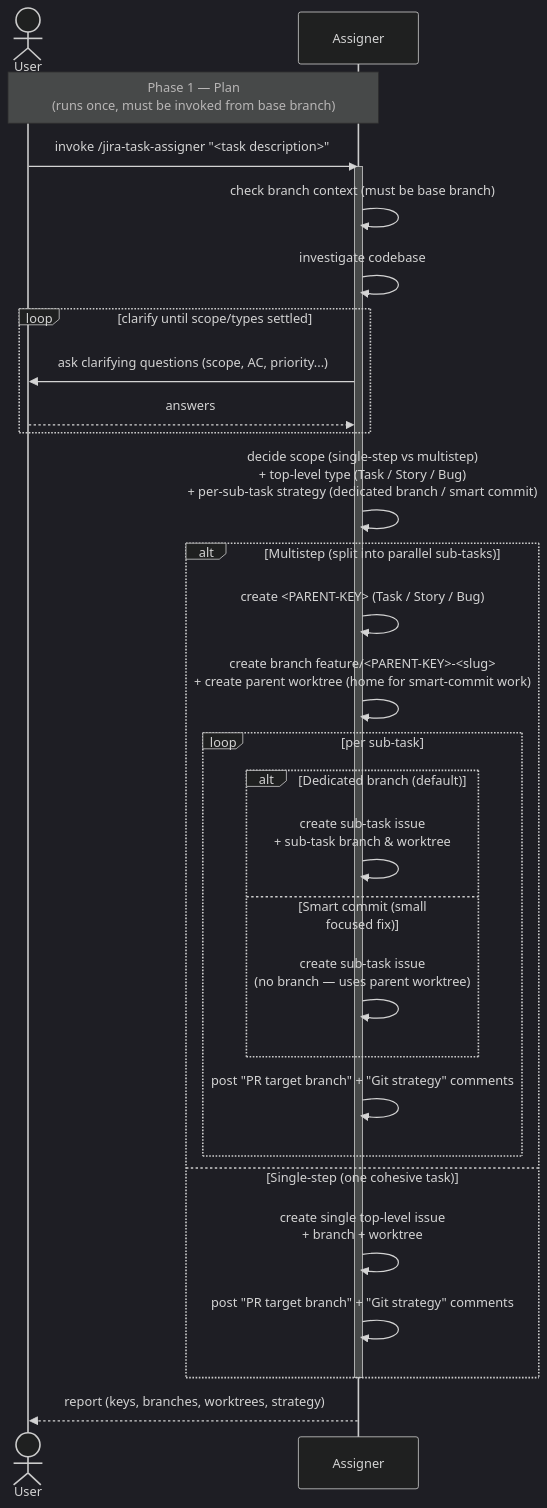
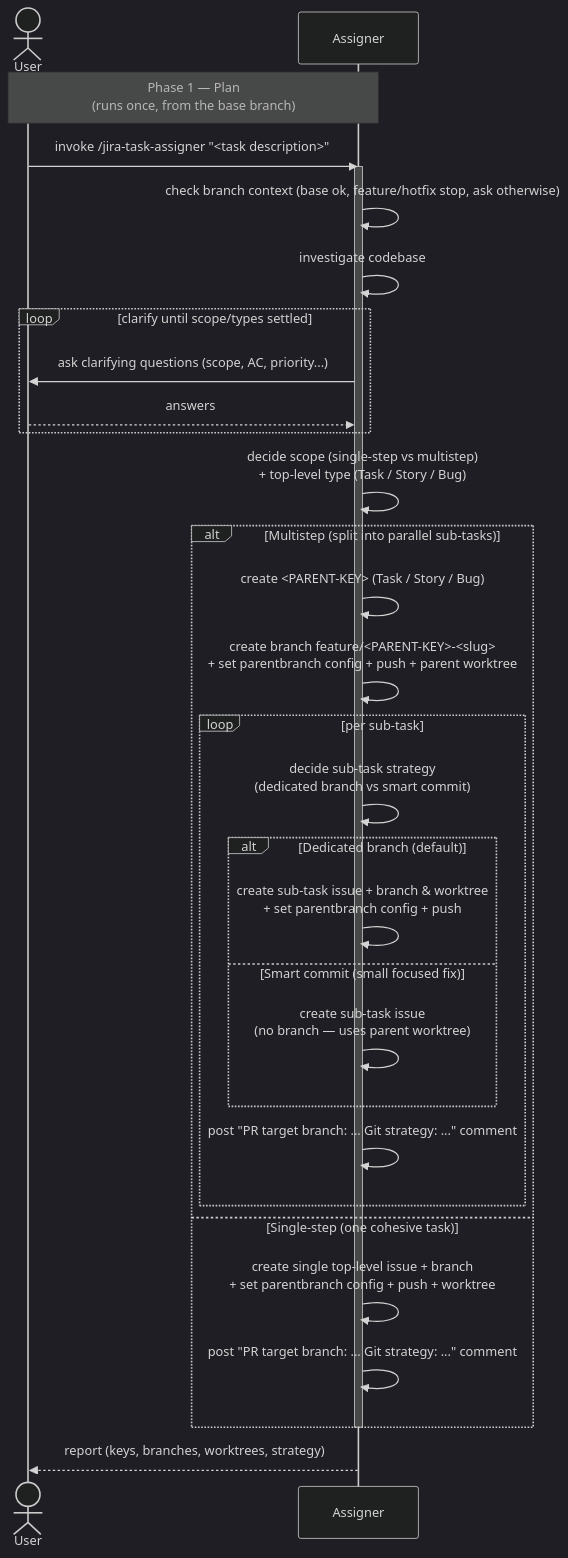
The diagram in plugins/jira-sdlc/docs/TASK-LIFECYCLE-PHASE-1.md (kantorv/jira-sdlc-tools), drawn with Mermaid (dark theme) before and after one commit. The commit also changed other lines of this file and 5 other files, not shown here.

Commit message:
diagramms fix pass one

````diff
--- a/plugins/jira-sdlc/docs/TASK-LIFECYCLE-PHASE-1.md
+++ b/plugins/jira-sdlc/docs/TASK-LIFECYCLE-PHASE-1.md
@@ -15,38 +16,39 @@
 ```mermaid
 sequenceDiagram
     actor User
     participant Assigner
 
-    Note over User,Assigner: Phase 1 — Plan<br/>(runs once, must be invoked from base branch)
+    Note over User,Assigner: Phase 1 — Plan<br/>(runs once, from the base branch)
     User->>Assigner: invoke /jira-task-assigner "<task description>"
 
     activate Assigner
-    Assigner->>Assigner: check branch context (must be base branch)
+    Assigner->>Assigner: check branch context (base ok, feature/hotfix stop, ask otherwise)
     Assigner->>Assigner: investigate codebase
 
     loop clarify until scope/types settled
         Assigner->>User: ask clarifying questions (scope, AC, priority...)
         User-->>Assigner: answers
     end
 
-    Assigner->>Assigner: decide scope (single-step vs multistep)<br/>+ top-level type (Task / Story / Bug)<br/>+ per-sub-task strategy (dedicated branch / smart commit)
+    Assigner->>Assigner: decide scope (single-step vs multistep)<br/>+ top-level type (Task / Story / Bug)
 
     alt Multistep (split into parallel sub-tasks)
         Assigner->>Assigner: create <PARENT-KEY> (Task / Story / Bug)
-        Assigner->>Assigner: create branch feature/<PARENT-KEY>-<slug><br/>+ create parent worktree (home for smart-commit work)
+        Assigner->>Assigner: create branch feature/<PARENT-KEY>-<slug><br/>+ set parentbranch config + push + parent worktree
         loop per sub-task
+            Assigner->>Assigner: decide sub-task strategy<br/>(dedicated branch vs smart commit)
             alt Dedicated branch (default)
-                Assigner->>Assigner: create sub-task issue<br/>+ sub-task branch & worktree
+                Assigner->>Assigner: create sub-task issue + branch & worktree<br/>+ set parentbranch config + push
             else Smart commit (small focused fix)
                 Assigner->>Assigner: create sub-task issue<br/>(no branch — uses parent worktree)
             end
-            Assigner->>Assigner: post "PR target branch" + "Git strategy" comments
+            Assigner->>Assigner: post "PR target branch: ... Git strategy: ..." comment
         end
     else Single-step (one cohesive task)
-        Assigner->>Assigner: create single top-level issue<br/>+ branch + worktree
-        Assigner->>Assigner: post "PR target branch" + "Git strategy" comments
+        Assigner->>Assigner: create single top-level issue + branch<br/>+ set parentbranch config + push + worktree
+        Assigner->>Assigner: post "PR target branch: ... Git strategy: ..." comment
     end
     deactivate Assigner
 
     Assigner-->>User: report (keys, branches, worktrees, strategy)
 ```
````
